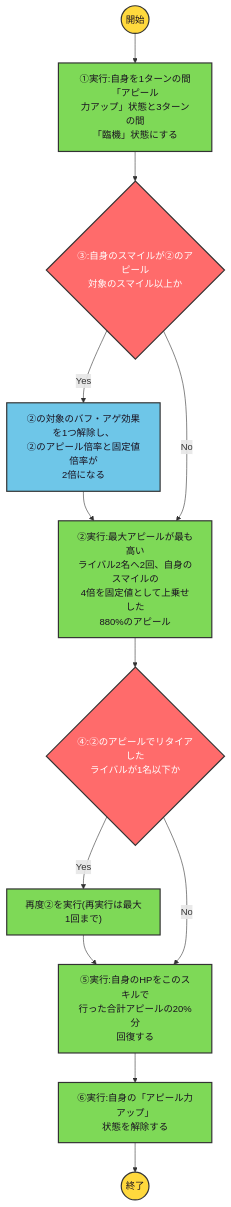
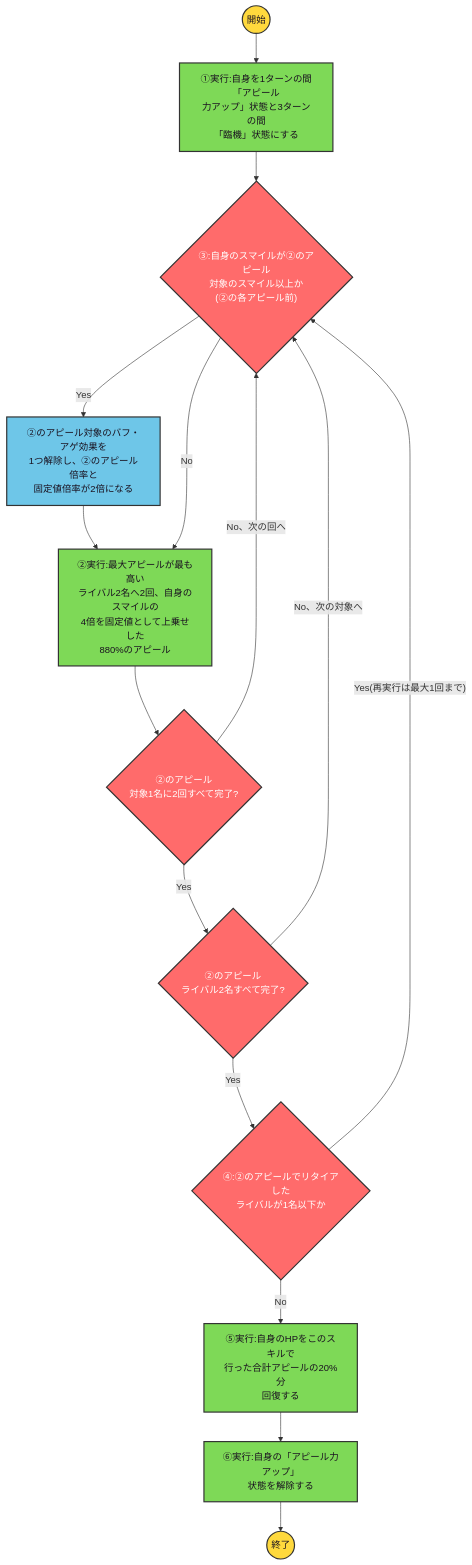
One commit to ryomochi0918/nogifra-characters changed the diagram in data/sugawara_satsuki/hitohayumewonidomiru_skill1.mmd. Above: the diagram before and after it, drawn with Mermaid. The commit also changed 286 other files, not shown here.

```diff
--- a/data/sugawara_satsuki/hitohayumewonidomiru_skill1.mmd
+++ b/data/sugawara_satsuki/hitohayumewonidomiru_skill1.mmd
@@ -1,13 +1,17 @@
 flowchart TD
     classDef startend fill:#FFD93D,stroke:#333,stroke-width:2px,color:#1a1220;
     classDef cond fill:#FF6B6B,stroke:#333,stroke-width:2px,color:#ffffff;
     classDef effect fill:#6EC6E8,stroke:#333,stroke-width:2px,color:#1a1220;
     classDef action fill:#7ED957,stroke:#333,stroke-width:2px,color:#1a1220;
 
     start(("開始")):::startend --> a1["①実行:自身を1ターンの間「アピール<br/>力アップ」状態と3ターンの間<br/>「臨機」状態にする"]:::action --> c3
-    c3{"③:自身のスマイルが②のアピール<br/>対象のスマイル以上か"}:::cond
-    c3 -->|"Yes"| e3["②の対象のバフ・アゲ効果を1つ解除し、<br/>②のアピール倍率と固定値倍率が<br/>2倍になる"]:::effect --> a2
-    c3 -->|"No"| a2["②実行:最大アピールが最も高い<br/>ライバル2名へ2回、自身のスマイルの<br/>4倍を固定値として上乗せした<br/>880%のアピール"]:::action --> c4
-    c4{"④:②のアピールでリタイアした<br/>ライバルが1名以下か"}:::cond
-    c4 -->|"Yes"| a4["再度②を実行(再実行は最大1回まで)"]:::action --> a5
+    c3{"③:自身のスマイルが②のアピール<br/>対象のスマイル以上か<br/>(②の各アピール前)"}:::cond
+    c3 -->|"Yes"| e3["②のアピール対象のバフ・アゲ効果を<br/>1つ解除し、②のアピール倍率と<br/>固定値倍率が2倍になる"]:::effect --> a2
+    c3 -->|"No"| a2["②実行:最大アピールが最も高い<br/>ライバル2名へ2回、自身のスマイルの<br/>4倍を固定値として上乗せした<br/>880%のアピール"]:::action
+    a2 --> lc2n{"②のアピール<br/>対象1名に2回すべて完了?"}:::cond
+    lc2n -->|"No、次の回へ"| c3
+    lc2n -->|"Yes"| lc2{"②のアピール<br/>ライバル2名すべて完了?"}:::cond
+    lc2 -->|"No、次の対象へ"| c3
+    lc2 -->|"Yes"| c4{"④:②のアピールでリタイアした<br/>ライバルが1名以下か"}:::cond
+    c4 -->|"Yes(再実行は最大1回まで)"| c3
     c4 -->|"No"| a5["⑤実行:自身のHPをこのスキルで<br/>行った合計アピールの20%分<br/>回復する"]:::action --> a6["⑥実行:自身の「アピール力アップ」<br/>状態を解除する"]:::action --> finish(("終了")):::startend
```
